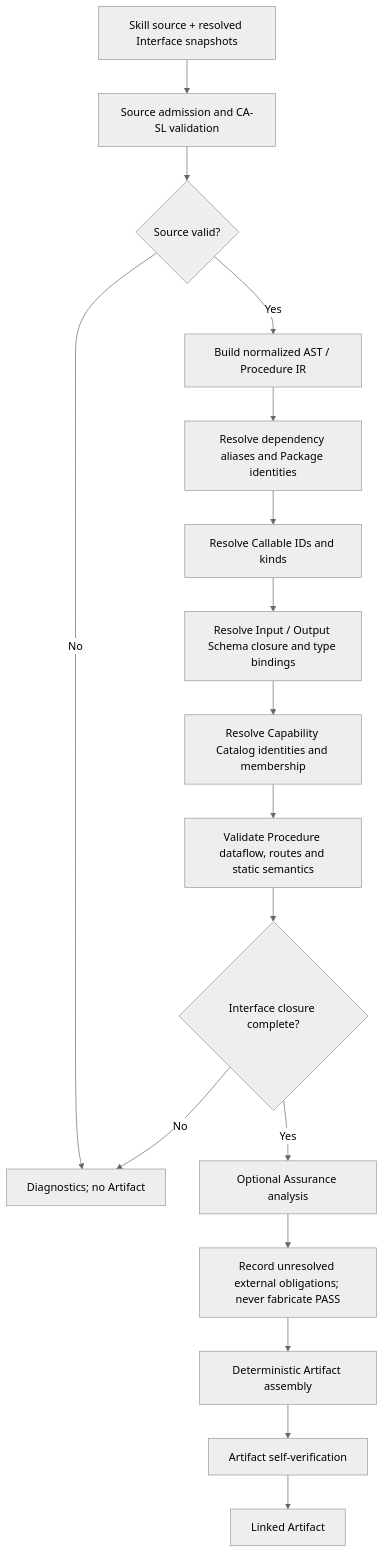
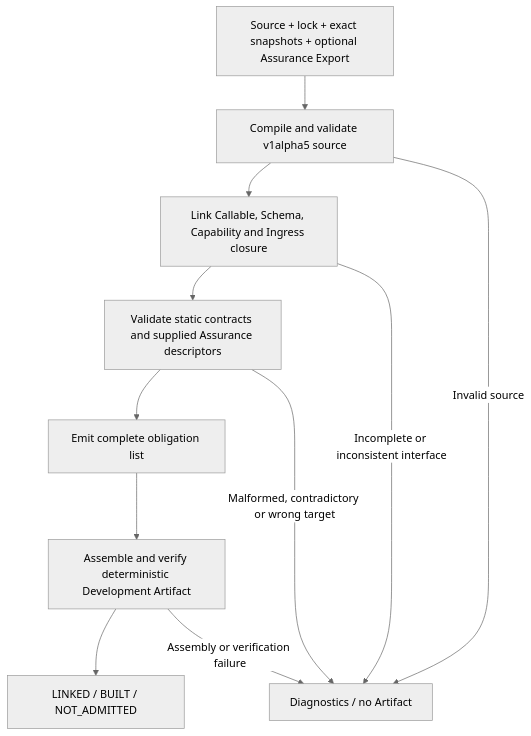
One commit to odango-chan/ca-skill-compiler changed the second of 3 diagrams in docs/design/ca-toolchain-architecture-vnext.zh-CN.md. Above: the diagram before and after it, drawn with Mermaid (neutral theme). The commit also changed other lines of this file and 1 other file, not shown here.

Commit message:
Specify next-generation toolchain contracts and migration

```diff
--- a/docs/design/ca-toolchain-architecture-vnext.zh-CN.md
+++ b/docs/design/ca-toolchain-architecture-vnext.zh-CN.md
@@ -180,19 +92,13 @@
 ~~~mermaid
 flowchart TD
-    A["Skill source + resolved Interface snapshots"] --> B["Source admission and CA-SL validation"]
-    B --> C{"Source valid?"}
-    C -- "No" --> X["Diagnostics; no Artifact"]
-    C -- "Yes" --> D["Build normalized AST / Procedure IR"]
-    D --> E["Resolve dependency aliases and Package identities"]
-    E --> F["Resolve Callable IDs and kinds"]
-    F --> G["Resolve Input / Output Schema closure and type bindings"]
-    G --> H["Resolve Capability Catalog identities and membership"]
-    H --> I["Validate Procedure dataflow, routes and static semantics"]
-    I --> J{"Interface closure complete?"}
-    J -- "No" --> X
-    J -- "Yes" --> K["Optional Assurance analysis"]
-    K --> L["Record unresolved external obligations; never fabricate PASS"]
-    L --> M["Deterministic Artifact assembly"]
-    M --> N["Artifact self-verification"]
-    N --> O["Linked Artifact"]
+    IN["Source + lock + exact snapshots + optional Assurance Export"] --> S["Compile and validate v1alpha5 source"]
+    S --> L["Link Callable, Schema, Capability and Ingress closure"]
+    L --> A["Validate static contracts and supplied Assurance descriptors"]
+    A --> O["Emit complete obligation list"]
+    O --> B["Assemble and verify deterministic Development Artifact"]
+    B --> DONE["LINKED / BUILT / NOT_ADMITTED"]
+    S -->|Invalid source| X["Diagnostics / no Artifact"]
+    L -->|Incomplete or inconsistent interface| X
+    A -->|Malformed, contradictory or wrong target| X
+    B -->|Assembly or verification failure| X
 ~~~
```
